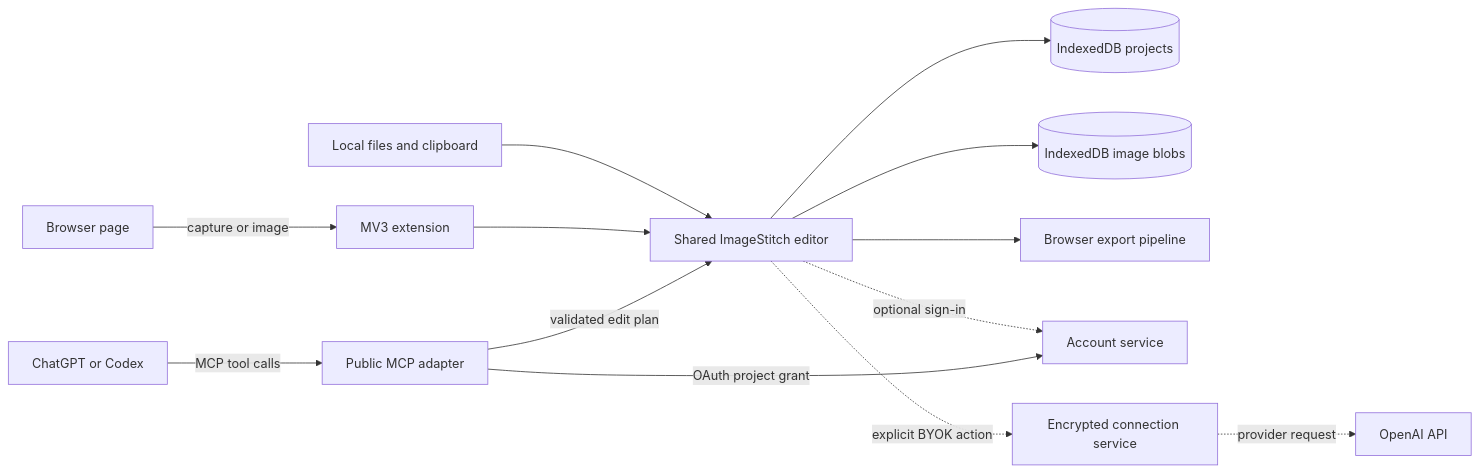
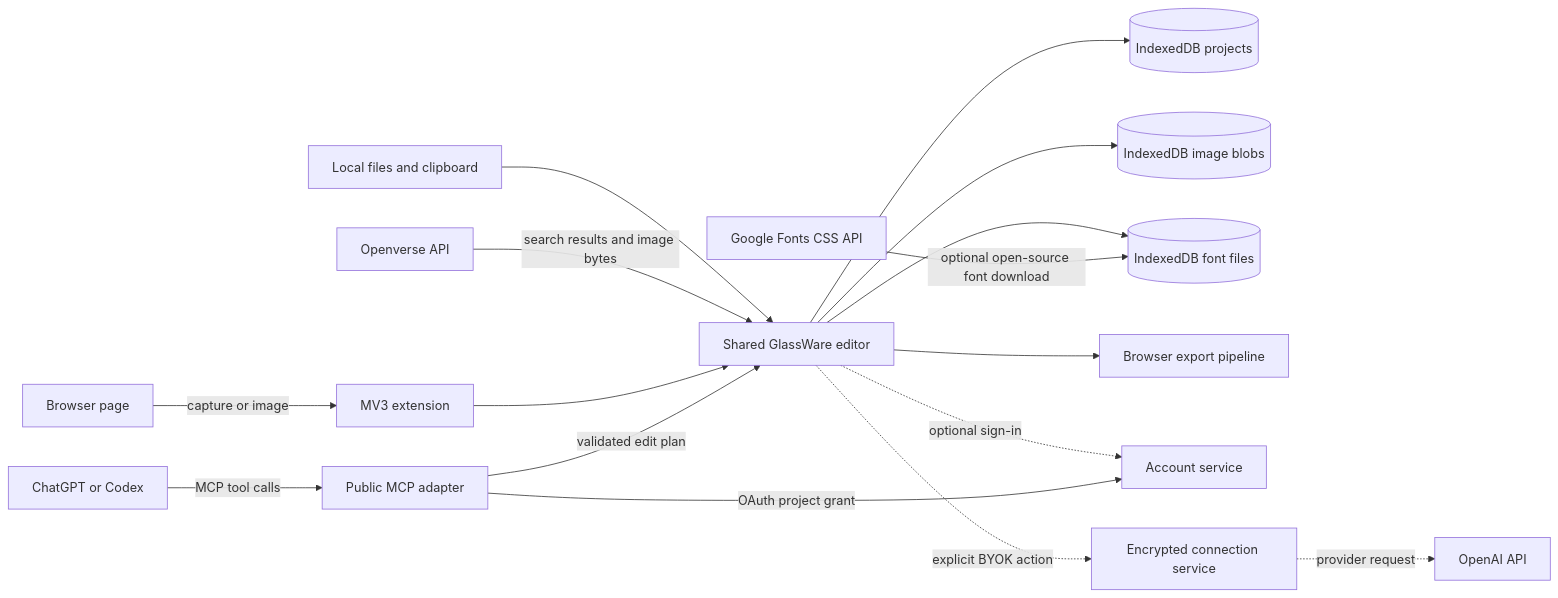
The first of 2 diagrams in docs/ARCHITECTURE.md (Wiplash-ai/image-stitch), drawn with Mermaid before and after one commit. The commit also changed other lines of this file and 45 other files, not shown here.

First line of the commit message:
GlassWare creative workspace, layers, typography, and accounts (#4)

````diff
--- a/docs/ARCHITECTURE.md
+++ b/docs/ARCHITECTURE.md
@@ -16,15 +16,18 @@
 ```mermaid
 flowchart LR
   Browser[Browser page] -->|capture or image| Extension[MV3 extension]
   Upload[Local files and clipboard] --> Editor
-  Extension --> Editor[Shared ImageStitch editor]
+  Openverse[Openverse API] -->|search results and image bytes| Editor
+  Extension --> Editor[Shared GlassWare editor]
   Editor --> ProjectStore[(IndexedDB projects)]
   Editor --> AssetStore[(IndexedDB image blobs)]
+  Editor --> FontStore[(IndexedDB font files)]
+  GoogleFonts[Google Fonts CSS API] -->|optional open-source font download| FontStore
   Editor --> Exporter[Browser export pipeline]
   Editor -. optional sign-in .-> Identity[Account service]
   ChatGPT[ChatGPT or Codex] -->|MCP tool calls| MCP[Public MCP adapter]
   MCP -->|OAuth project grant| Identity
   MCP -->|validated edit plan| Editor
   Editor -. explicit BYOK action .-> Vault[Encrypted connection service]
   Vault -. provider request .-> OpenAI[OpenAI API]
 ```
````
